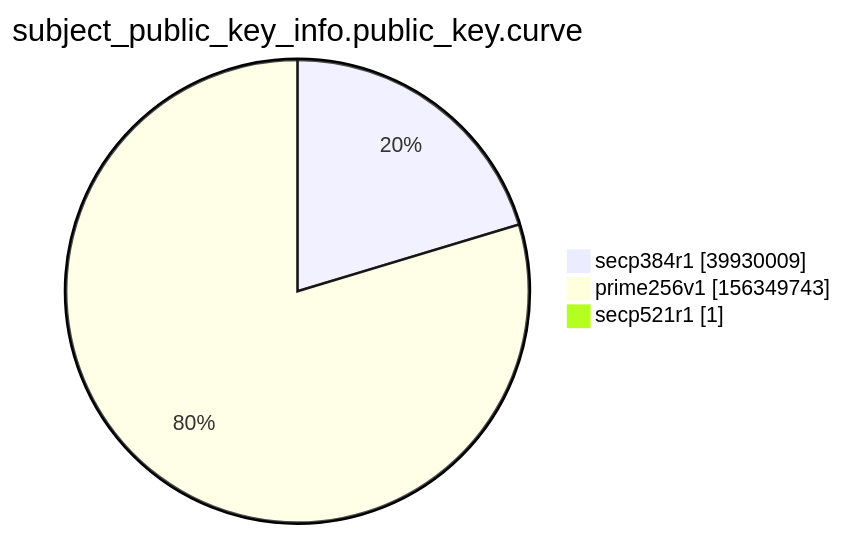
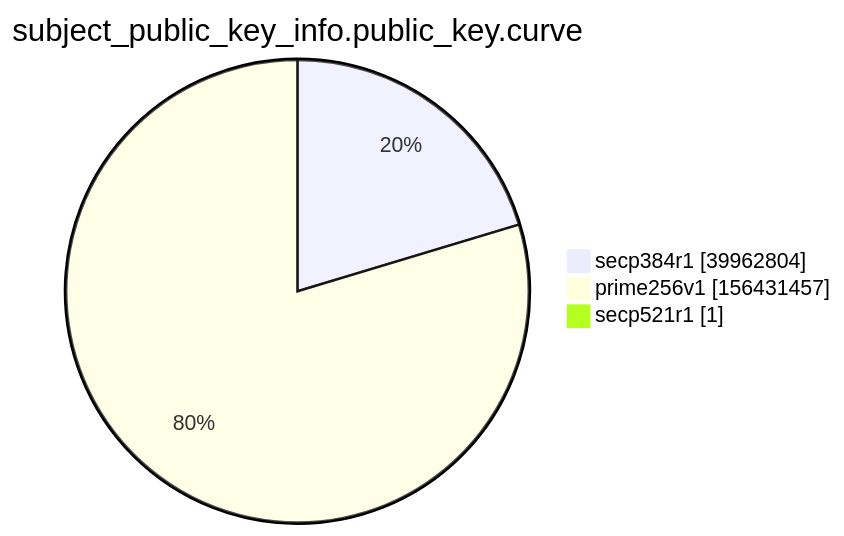
Before and after one commit to christiankrug/ctmonitor_visualization: the ninth of 15 diagrams in xenon2022/README.md, drawn with Mermaid. The commit also changed other lines of this file, not shown here.

````diff
--- a/xenon2022/README.md
+++ b/xenon2022/README.md
@@ -2866,7 +2866,7 @@
 ```mermaid
 pie showData
 title subject_public_key_info.public_key.curve
-"secp384r1" :39930009
-"prime256v1" :156349743
+"secp384r1" :39962804
+"prime256v1" :156431457
 "secp521r1" :1
 ```
````
